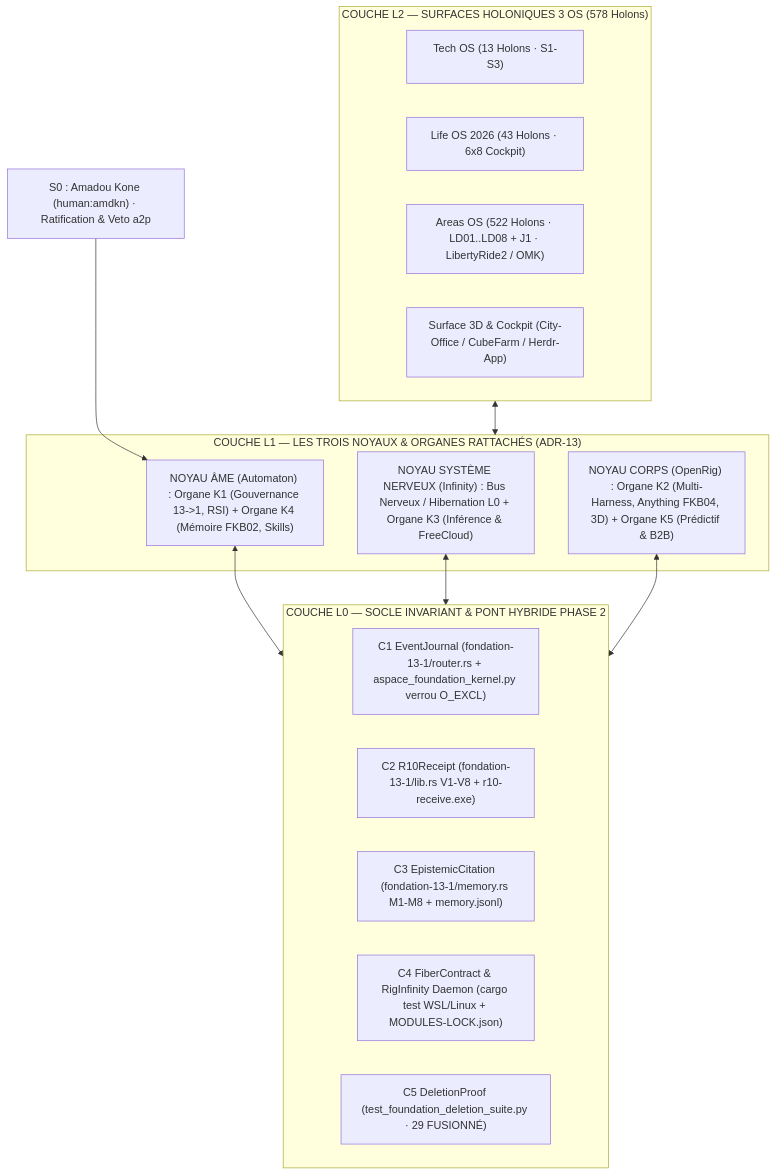
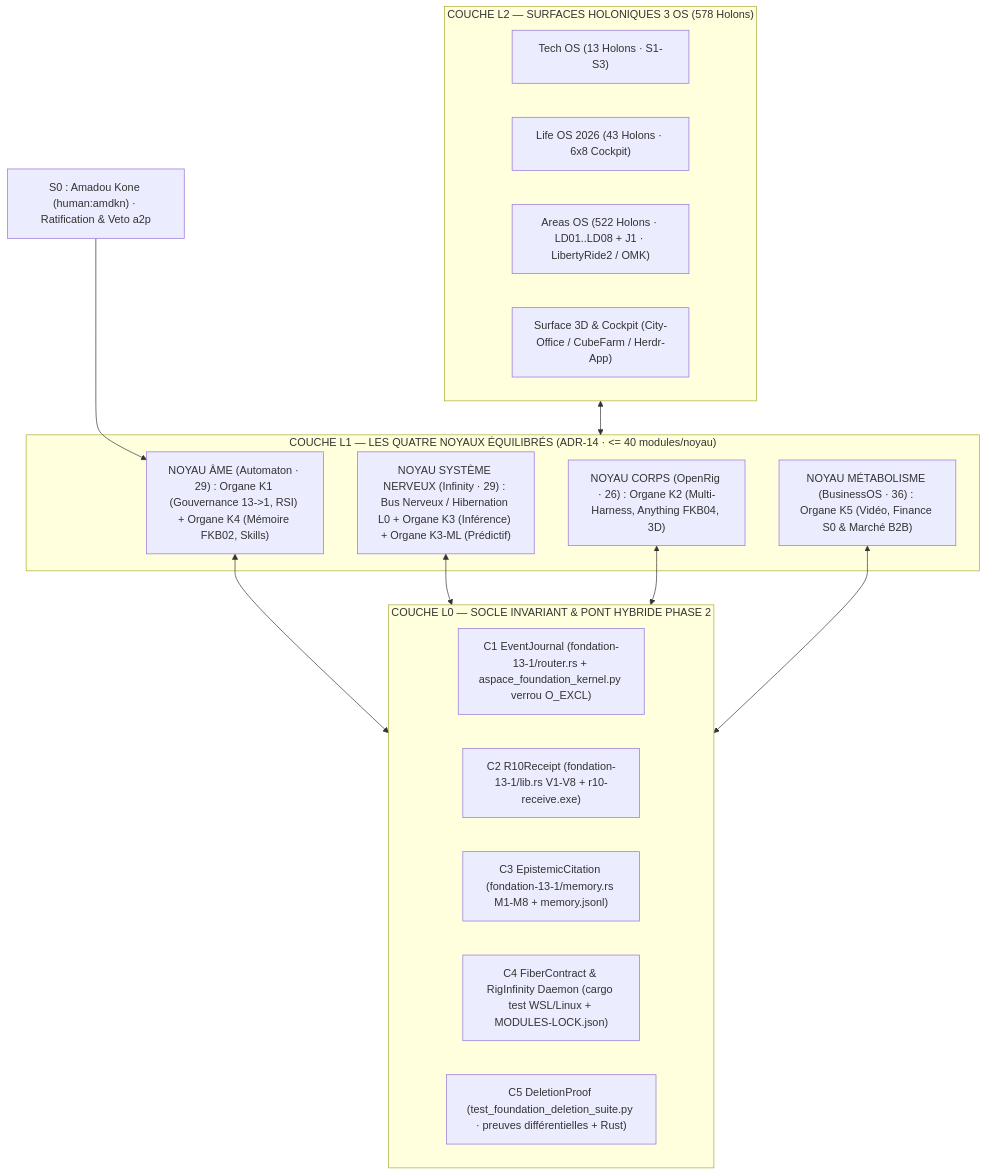
One commit to Amdkn/Aspace_OS_V5 changed the diagram in 00_Memoire/bundle/fusion/SDD-FONDATION.md. Above: the diagram before and after it, drawn with Mermaid. The commit also changed other lines of this file and 13 other files, not shown here.

Commit message:
feat(fusion): Cycle 5 ADR-14 (4 kernels <= 1/3) & real differential deletion proofs (15 FUSIONNÉ)

````diff
--- a/00_Memoire/bundle/fusion/SDD-FONDATION.md
+++ b/00_Memoire/bundle/fusion/SDD-FONDATION.md
@@ -13,27 +13,29 @@
 ```mermaid
 flowchart TB
     S0["S0 : Amadou Kone (human:amdkn) · Ratification & Veto a2p"]
     subgraph L2["COUCHE L2 — SURFACES HOLONIQUES 3 OS (578 Holons)"]
         T["Tech OS (13 Holons · S1-S3)"]
         L["Life OS 2026 (43 Holons · 6x8 Cockpit)"]
         A["Areas OS (522 Holons · LD01..LD08 + J1 · LibertyRide2 / OMK)"]
         W3D["Surface 3D & Cockpit (City-Office / CubeFarm / Herdr-App)"]
     end
-    subgraph L1["COUCHE L1 — LES TROIS NOYAUX & ORGANES RATTACHÉS (ADR-13)"]
-        AME["NOYAU ÂME (Automaton) : Organe K1 (Gouvernance 13->1, RSI) + Organe K4 (Mémoire FKB02, Skills)"]
-        SN["NOYAU SYSTÈME NERVEUX (Infinity) : Bus Nerveux / Hibernation L0 + Organe K3 (Inférence & FreeCloud)"]
-        CORPS["NOYAU CORPS (OpenRig) : Organe K2 (Multi-Harness, Anything FKB04, 3D) + Organe K5 (Prédictif & B2B)"]
+    subgraph L1["COUCHE L1 — LES QUATRE NOYAUX ÉQUILIBRÉS (ADR-14 · <= 40 modules/noyau)"]
+        AME["NOYAU ÂME (Automaton · 29) : Organe K1 (Gouvernance 13->1, RSI) + Organe K4 (Mémoire FKB02, Skills)"]
+        SN["NOYAU SYSTÈME NERVEUX (Infinity · 29) : Bus Nerveux / Hibernation L0 + Organe K3 (Inférence) + Organe K3-ML (Prédictif)"]
+        CORPS["NOYAU CORPS (OpenRig · 26) : Organe K2 (Multi-Harness, Anything FKB04, 3D)"]
+        META["NOYAU MÉTABOLISME (BusinessOS · 36) : Organe K5 (Vidéo, Finance S0 & Marché B2B)"]
     end
     subgraph L0["COUCHE L0 — SOCLE INVARIANT & PONT HYBRIDE PHASE 2"]
         C1["C1 EventJournal (fondation-13-1/router.rs + aspace_foundation_kernel.py verrou O_EXCL)"]
         C2["C2 R10Receipt (fondation-13-1/lib.rs V1-V8 + r10-receive.exe)"]
         C3["C3 EpistemicCitation (fondation-13-1/memory.rs M1-M8 + memory.jsonl)"]
         C4["C4 FiberContract & RigInfinity Daemon (cargo test WSL/Linux + MODULES-LOCK.json)"]
-        C5["C5 DeletionProof (test_foundation_deletion_suite.py · 29 FUSIONNÉ)"]
+        C5["C5 DeletionProof (test_foundation_deletion_suite.py · preuves différentielles + Rust)"]
     end
     S0 --> AME
     L2 <--> L1
     AME <--> L0
     SN <--> L0
     CORPS <--> L0
+    META <--> L0
 ```
````
